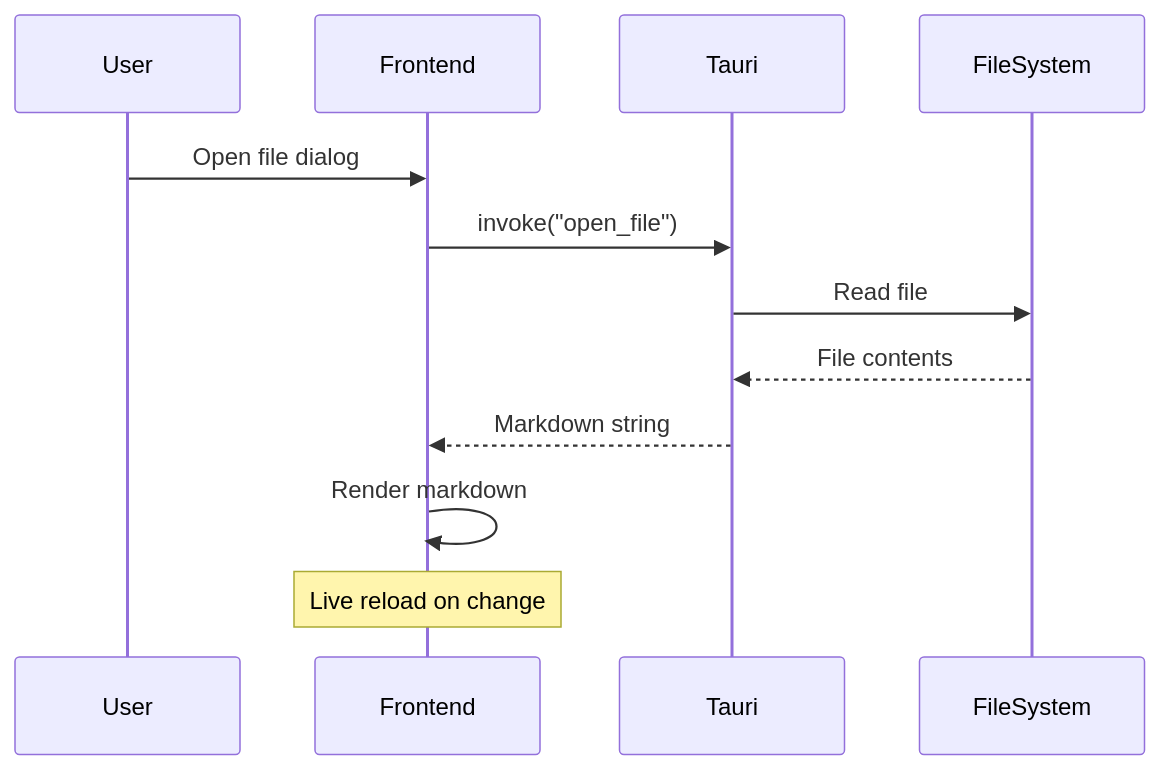
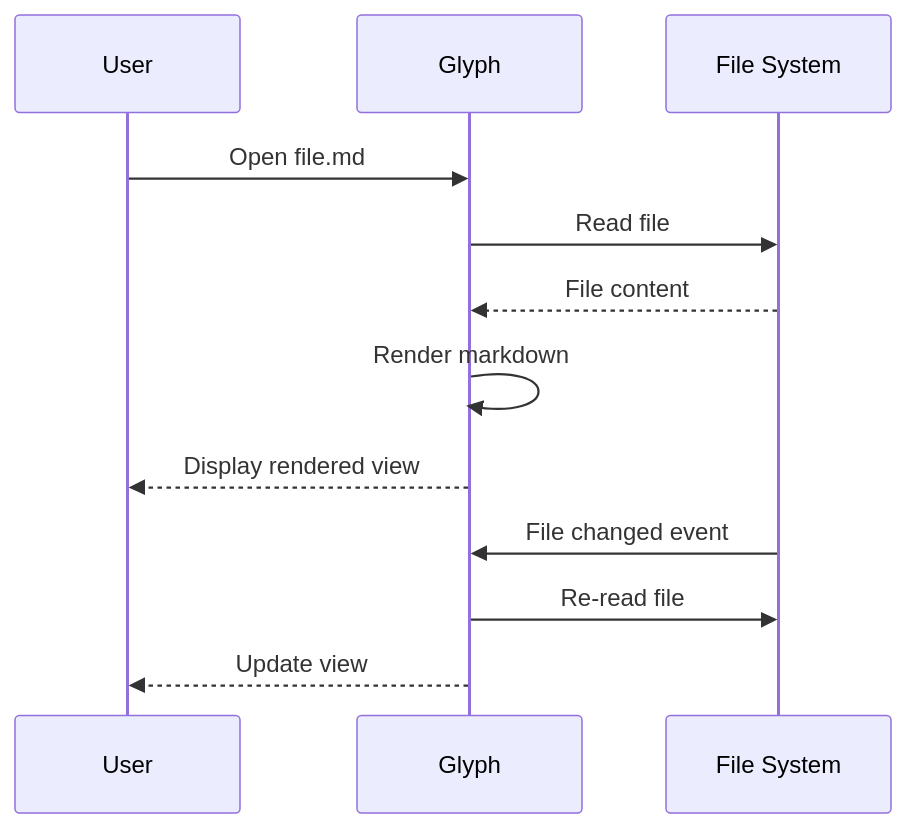
The second of 2 diagrams in sample.md (hamidfzm/glyph), drawn with Mermaid before and after one commit. The commit also changed other lines of this file and 1 other file, not shown here.

````diff
--- a/sample.md
+++ b/sample.md
@@ -70,15 +97,14 @@
 ```mermaid
 sequenceDiagram
-    participant User
-    participant Frontend
-    participant Tauri
-    participant FileSystem
-
-    User->>Frontend: Open file dialog
-    Frontend->>Tauri: invoke("open_file")
-    Tauri->>FileSystem: Read file
-    FileSystem-->>Tauri: File contents
-    Tauri-->>Frontend: Markdown string
-    Frontend->>Frontend: Render markdown
-    Note over Frontend: Live reload on change
+    participant U as User
+    participant G as Glyph
+    participant FS as File System
+    U->>G: Open file.md
+    G->>FS: Read file
+    FS-->>G: File content
+    G->>G: Render markdown
+    G-->>U: Display rendered view
+    FS->>G: File changed event
+    G->>FS: Re-read file
+    G-->>U: Update view
 ```
````
